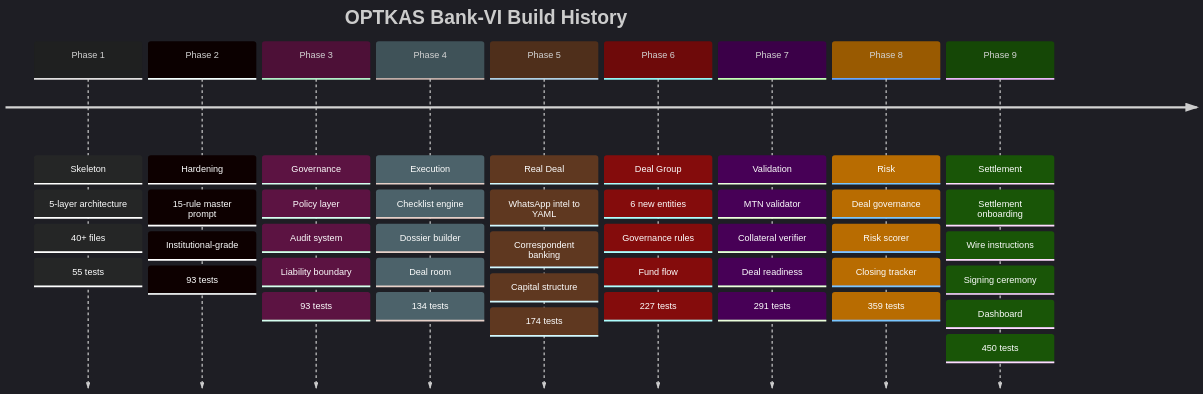
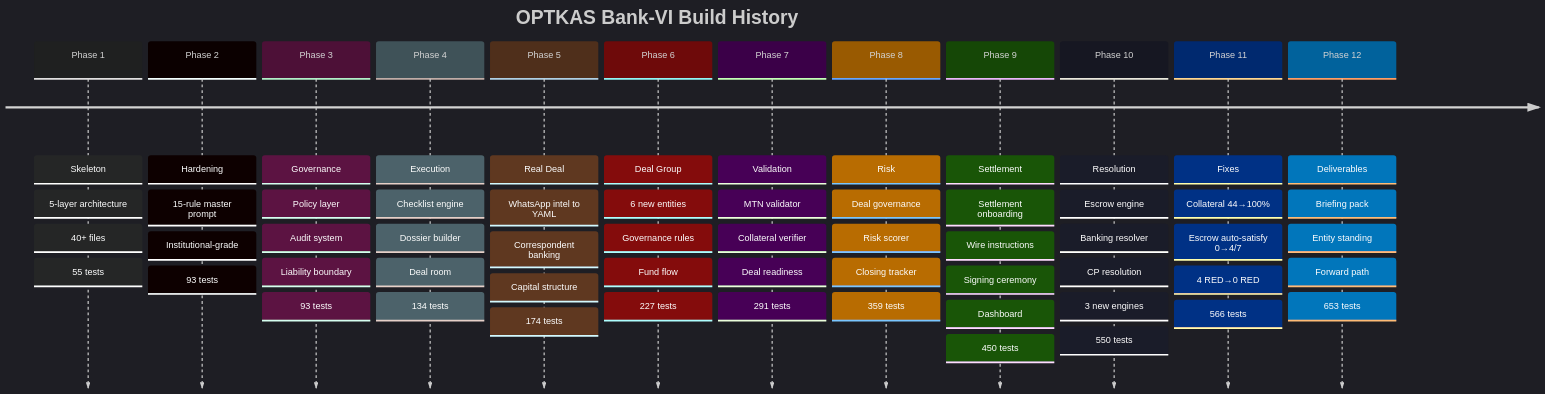
The seventh of 10 diagrams in README.md (unykornai/optkas-bank-vi), drawn with Mermaid before and after one commit. The commit also changed other lines of this file, not shown here.

Commit message:
README: Full update through Phase 12  653 tests, 43 commands, 40 modules, 0 RED gates, briefing pack instructions for funding group

````diff
--- a/README.md
+++ b/README.md
@@ -499,14 +671,17 @@
 ```mermaid
 %%{init: {'theme': 'dark'}}%%
 timeline
     title OPTKAS Bank-VI Build History
     Phase 1 : Skeleton : 5-layer architecture : 40+ files : 55 tests
     Phase 2 : Hardening : 15-rule master prompt : Institutional-grade : 93 tests
     Phase 3 : Governance : Policy layer : Audit system : Liability boundary : 93 tests
     Phase 4 : Execution : Checklist engine : Dossier builder : Deal room : 134 tests
     Phase 5 : Real Deal : WhatsApp intel to YAML : Correspondent banking : Capital structure : 174 tests
     Phase 6 : Deal Group : 6 new entities : Governance rules : Fund flow : 227 tests
     Phase 7 : Validation : MTN validator : Collateral verifier : Deal readiness : 291 tests
     Phase 8 : Risk : Deal governance : Risk scorer : Closing tracker : 359 tests
     Phase 9 : Settlement : Settlement onboarding : Wire instructions : Signing ceremony : Dashboard : 450 tests
+    Phase 10 : Resolution : Escrow engine : Banking resolver : CP resolution : 3 new engines : 550 tests
+    Phase 11 : Fixes : Collateral 44→100% : Escrow auto-satisfy 0→4/7 : 4 RED→0 RED : 566 tests
+    Phase 12 : Deliverables : Briefing pack : Entity standing : Forward path : 653 tests
 ```
````
